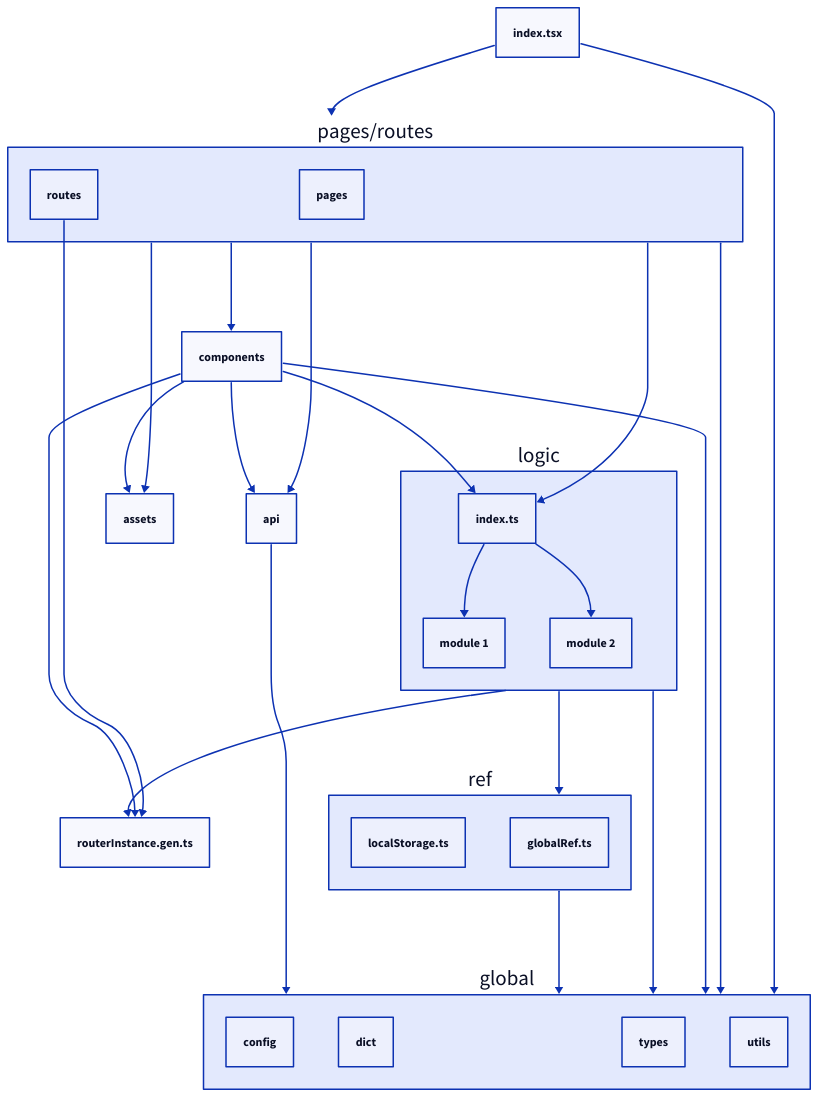
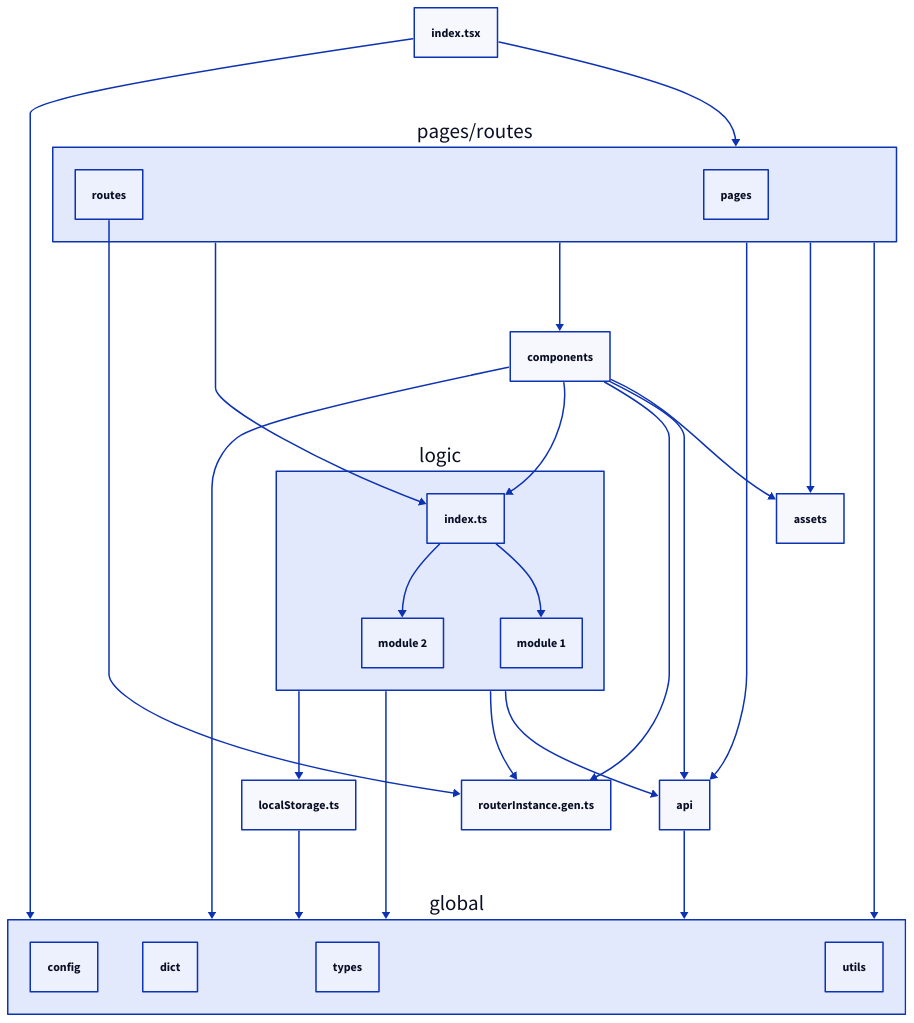
Before and after one commit to nicolasventer/React-Project-Template: the diagram in Client/misc/architecture.d2, drawn with D2. The commit also changed 24 other files, not shown here.

Commit message:
better ref + fn in logic

```diff
--- a/Client/misc/architecture.d2
+++ b/Client/misc/architecture.d2
@@ -1,48 +1,44 @@
 "index.tsx" -> "pages/routes"
 "index.tsx" -> "global"
 
 "pages/routes": {
   "routes"
   "pages"
 }
 
 "global": {
   "config"
   "dict"
   "types"
   "utils"
 }
 
 "pages/routes" -> "global"
+"pages/routes" -> "assets"
 "pages/routes" -> "api"
 "pages/routes" -> "components"
 "pages/routes" -> "logic"."index.ts"
-"pages/routes" -> "assets"
 "pages/routes"."routes" -> "routerInstance.gen.ts"
 # "routerInstance.gen.ts" -> "pages/routes"."routes": {style: {stroke-dash: 3}}
 
+"components" -> "assets"
 "components" -> "api"
+"components" -> "routerInstance.gen.ts"
 "components" -> "logic"."index.ts"
-"components" -> "assets"
 "components" -> "global"
-"components" -> "routerInstance.gen.ts"
 
 "logic"."index.ts" -> "logic"."module 1"
 "logic"."index.ts" -> "logic"."module 2"
 
+"logic" -> "api"
 "logic" -> "routerInstance.gen.ts"
 "logic" -> "global"
-"logic" -> "ref"
+"logic" -> "localStorage.ts"
 
-"ref": {
-  "localStorage.ts"
-  "globalRef.ts"
-}
-
-ref -> "global"
+"localStorage.ts" -> "global"
 
 "api" -> "global"
 
 # "global"."dict" {
 #   "dict.ts" -> "lang"
 # }
```
